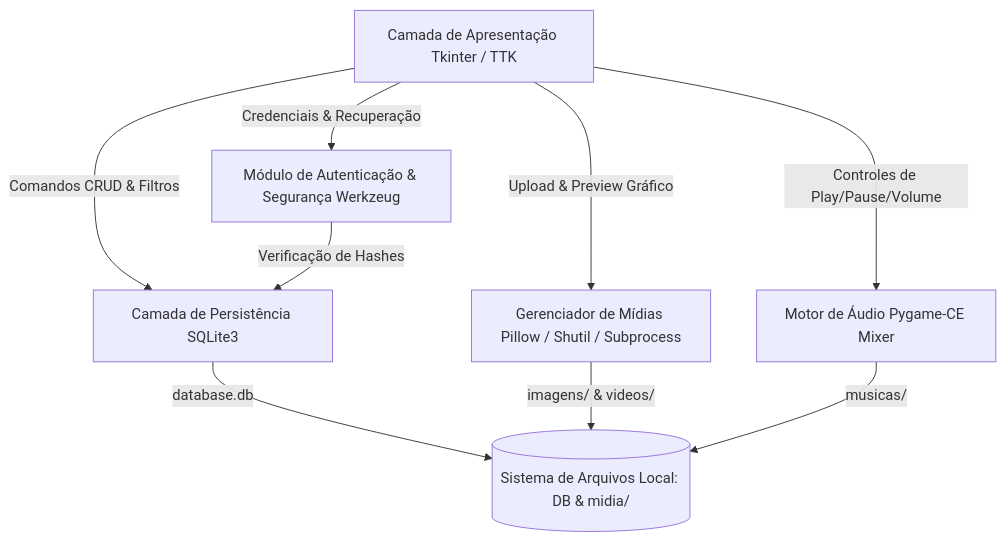
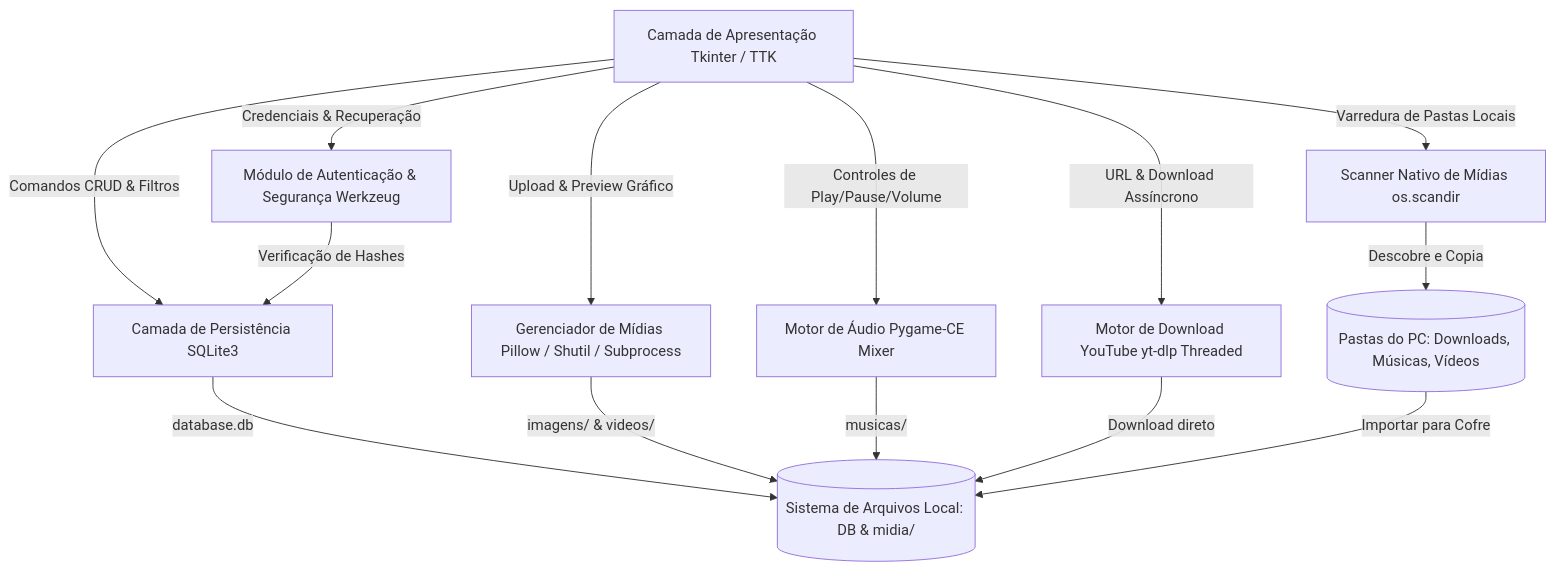
Before and after one commit to JohnnyPlus08/Cofre-de-Notas: the first of 3 diagrams in SPEC_DRIVEN_DEVELOPMENT.md, drawn with Mermaid. The commit also changed other lines of this file and 2 other files, not shown here.

Commit message:
feat: central de downloads do  e localizador nativo de mídias no PC

````diff
--- a/SPEC_DRIVEN_DEVELOPMENT.md
+++ b/SPEC_DRIVEN_DEVELOPMENT.md
@@ -116,18 +136,26 @@
 ```mermaid
 graph TD
     UI[Camada de Apresentação Tkinter / TTK]
     AUTH[Módulo de Autenticação & Segurança Werkzeug]
     MEDIA[Gerenciador de Mídias Pillow / Shutil / Subprocess]
     AUDIO[Motor de Áudio Pygame-CE Mixer]
+    YTDL[Motor de Download YouTube yt-dlp Threaded]
+    SCAN[Scanner Nativo de Mídias os.scandir]
     DAO[Camada de Persistência SQLite3]
     FS[(Sistema de Arquivos Local: DB & midia/)]
+    PC_FS[(Pastas do PC: Downloads, Músicas, Vídeos)]
 
     UI -->|Credenciais & Recuperação| AUTH
     UI -->|Comandos CRUD & Filtros| DAO
     UI -->|Upload & Preview Gráfico| MEDIA
     UI -->|Controles de Play/Pause/Volume| AUDIO
+    UI -->|URL & Download Assíncrono| YTDL
+    UI -->|Varredura de Pastas Locais| SCAN
     AUTH -->|Verificação de Hashes| DAO
     DAO -->|database.db| FS
     MEDIA -->|imagens/ & videos/| FS
     AUDIO -->|musicas/| FS
+    YTDL -->|Download direto| FS
+    SCAN -->|Descobre e Copia| PC_FS
+    PC_FS -->|Importar para Cofre| FS
 ```
````
